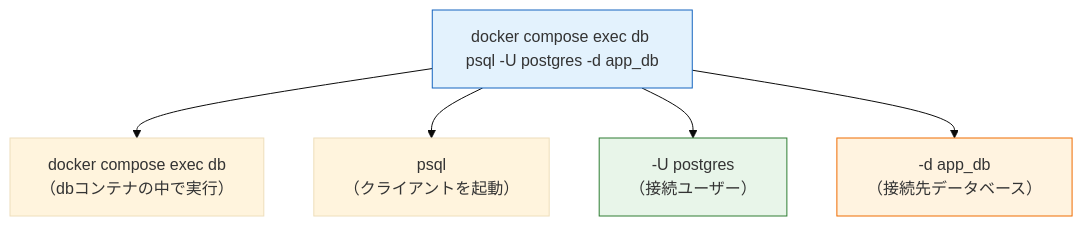
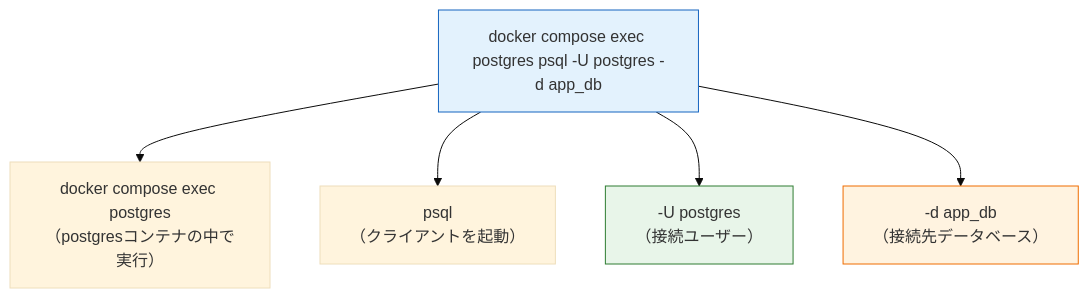
Before and after one commit to dik-ab/school-curriculum-platform: the second of 3 diagrams in cloudflare-site/src/content/docs/database/postgresql_setup.md, drawn with Mermaid (base theme). The commit also changed other lines of this file, not shown here.

First line of the commit message:
docs: align postgres service/volume name in postgresql_setup

````diff
--- a/cloudflare-site/src/content/docs/database/postgresql_setup.md
+++ b/cloudflare-site/src/content/docs/database/postgresql_setup.md
@@ -129,11 +129,11 @@
 ```mermaid
 flowchart TB
-    CMD["docker compose exec db psql -U postgres -d app_db"]
-    CMD --> A["docker compose exec db<br>（dbコンテナの中で実行）"]
+    CMD["docker compose exec postgres psql -U postgres -d app_db"]
+    CMD --> A["docker compose exec postgres<br>（postgresコンテナの中で実行）"]
     CMD --> B["psql<br>（クライアントを起動）"]
     CMD --> C["-U postgres<br>（接続ユーザー）"]
     CMD --> E["-d app_db<br>（接続先データベース）"]
     style CMD fill:#e3f2fd,stroke:#1565c0
     style C fill:#e8f5e9,stroke:#2e7d32
     style E fill:#fff3e0,stroke:#ef6c00
 ```
````
